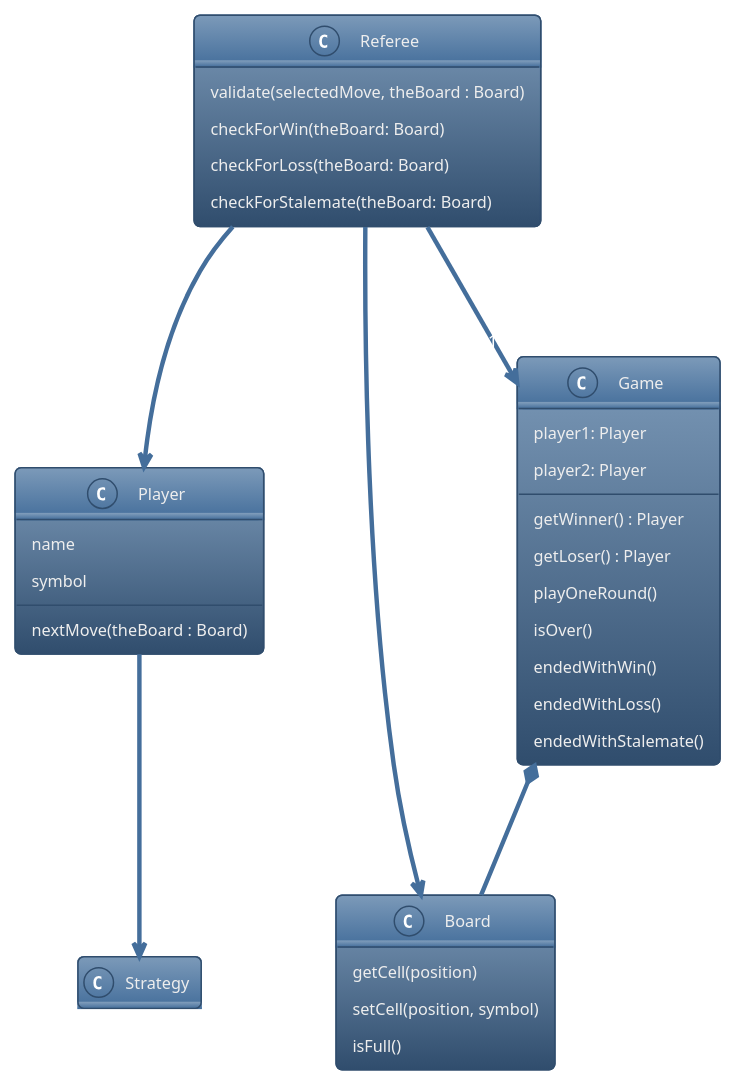
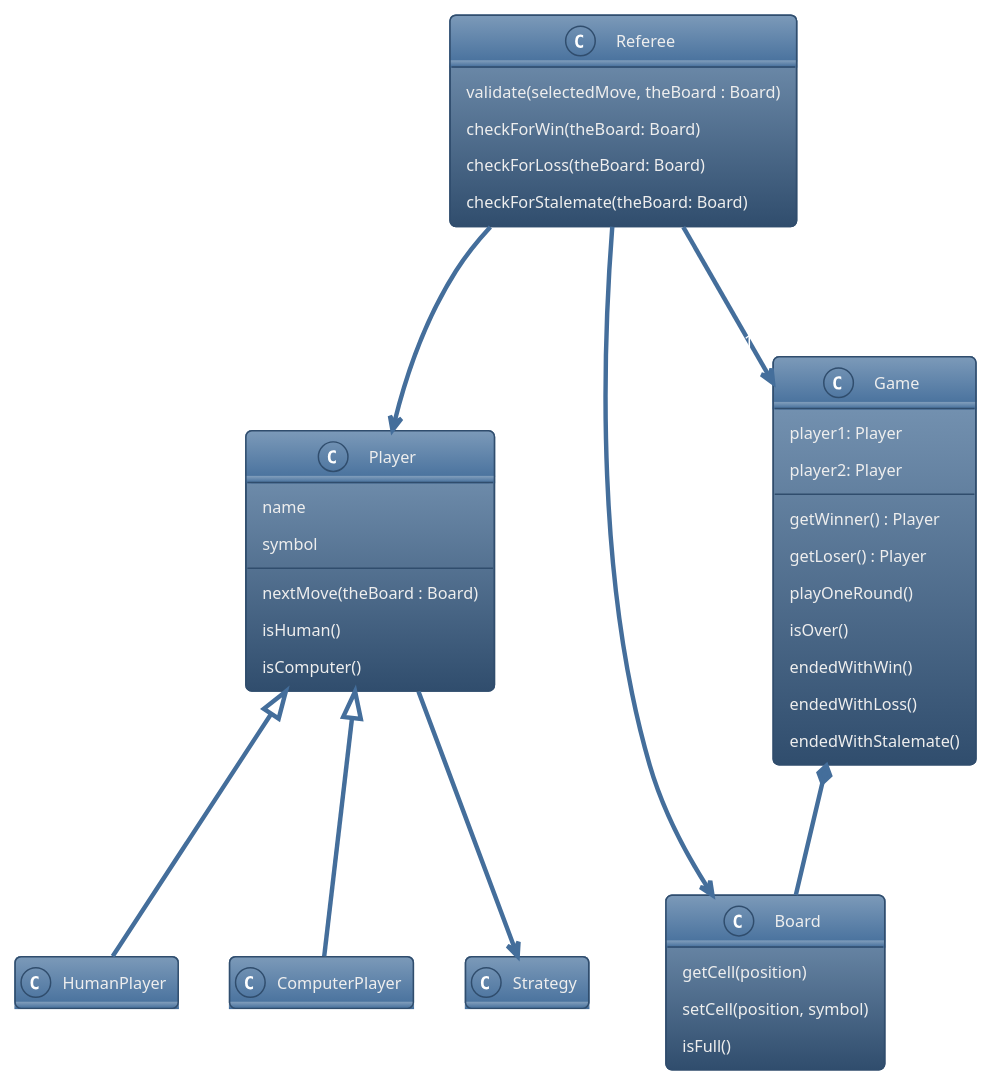
One commit to alexistli/tic-tac-toe-game changed the diagram in tic-tac-toe.puml. Above: the diagram before and after it, drawn with PlantUML.

Commit message:
Add Player subclasses

```diff
--- a/tic-tac-toe.puml
+++ b/tic-tac-toe.puml
@@ -3,48 +3,58 @@
 @startuml
 !theme spacelab
 hide empty members
 
 class Player {
     name
     symbol
 
     nextMove(theBoard : Board)
+    isHuman()
+    isComputer()
+}
+
+class HumanPlayer {
+}
+
+class ComputerPlayer {
 }
 
 class Board {
     getCell(position)
     setCell(position, symbol)
     isFull()
 }
 
 class Strategy {
 
 }
 
 class Referee {
     validate(selectedMove, theBoard : Board)
     checkForWin(theBoard: Board)
     checkForLoss(theBoard: Board)
     checkForStalemate(theBoard: Board)
 }
 
 class Game {
     player1: Player
     player2: Player
 
     getWinner() : Player
     getLoser() : Player
     playOneRound()
     isOver()
     endedWithWin()
     endedWithLoss()
     endedWithStalemate()
 }
 
 Player --> Strategy: employs
+Player <|-- HumanPlayer
+Player <|-- ComputerPlayer
 Referee --> Board: examines
 Game *-- Board
 Referee --> "2" Player : keeps honest
 Referee --> "1" Game : assigned to
 
 @enduml
```
